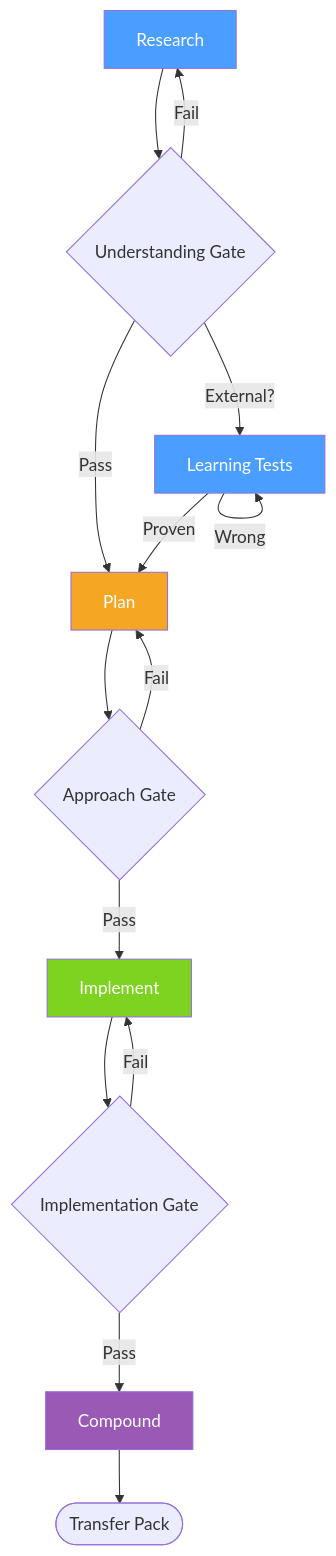
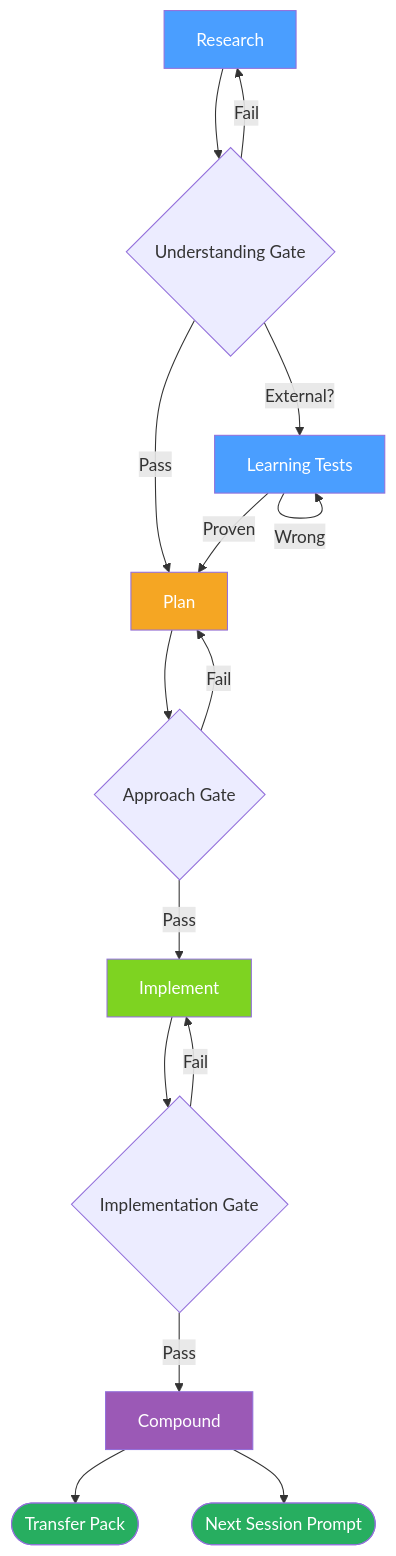
One commit to Alaslani/AI-Framework changed the diagram in docs/diagrams/fic-workflow.md. Above: the diagram before and after it, drawn with Mermaid. The commit also changed other lines of this file and 1 other file, not shown here.

First line of the commit message:
docs(diagrams): add Next Session Prompt to FIC diagram + color legends

````diff
--- a/docs/diagrams/fic-workflow.md
+++ b/docs/diagrams/fic-workflow.md
@@ -5,22 +5,25 @@
 ```mermaid
 flowchart TD
     R[Research] --> UG{Understanding Gate}
     UG -->|Pass| P[Plan]
     UG -->|Fail| R
     UG -->|External?| LT[Learning Tests]
     LT -->|Proven| P
     LT -->|Wrong| LT
     P --> AG{Approach Gate}
     AG -->|Pass| I[Implement]
     AG -->|Fail| P
     I --> IG{Implementation Gate}
     IG -->|Pass| C[Compound]
     IG -->|Fail| I
-    C --> DONE([Transfer Pack])
+    C --> TP([Transfer Pack])
+    C --> NSP([Next Session Prompt])
 
     style R fill:#4a9eff,color:#fff
     style LT fill:#4a9eff,color:#fff
     style P fill:#f5a623,color:#fff
     style I fill:#7ed321,color:#fff
     style C fill:#9b59b6,color:#fff
+    style TP fill:#27ae60,color:#fff
+    style NSP fill:#27ae60,color:#fff
 ```
````
